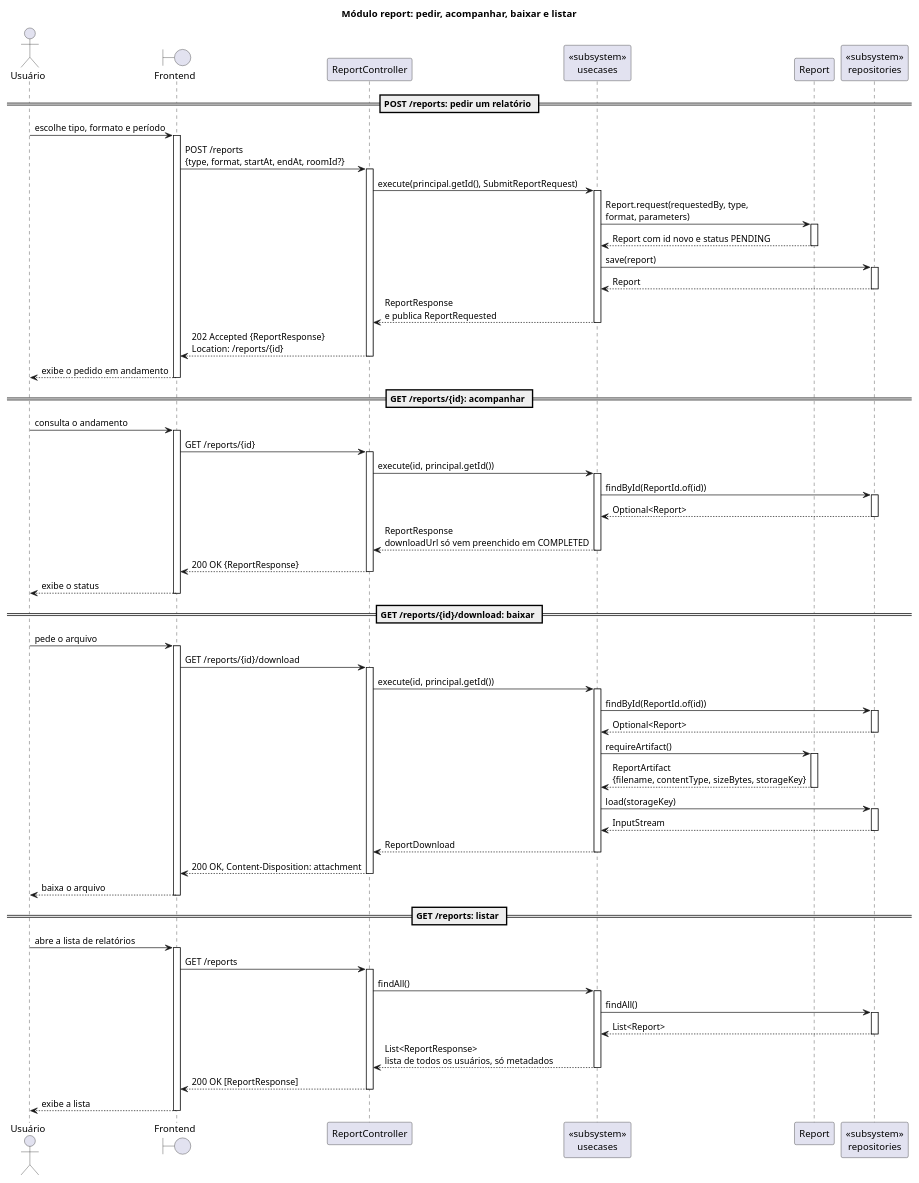
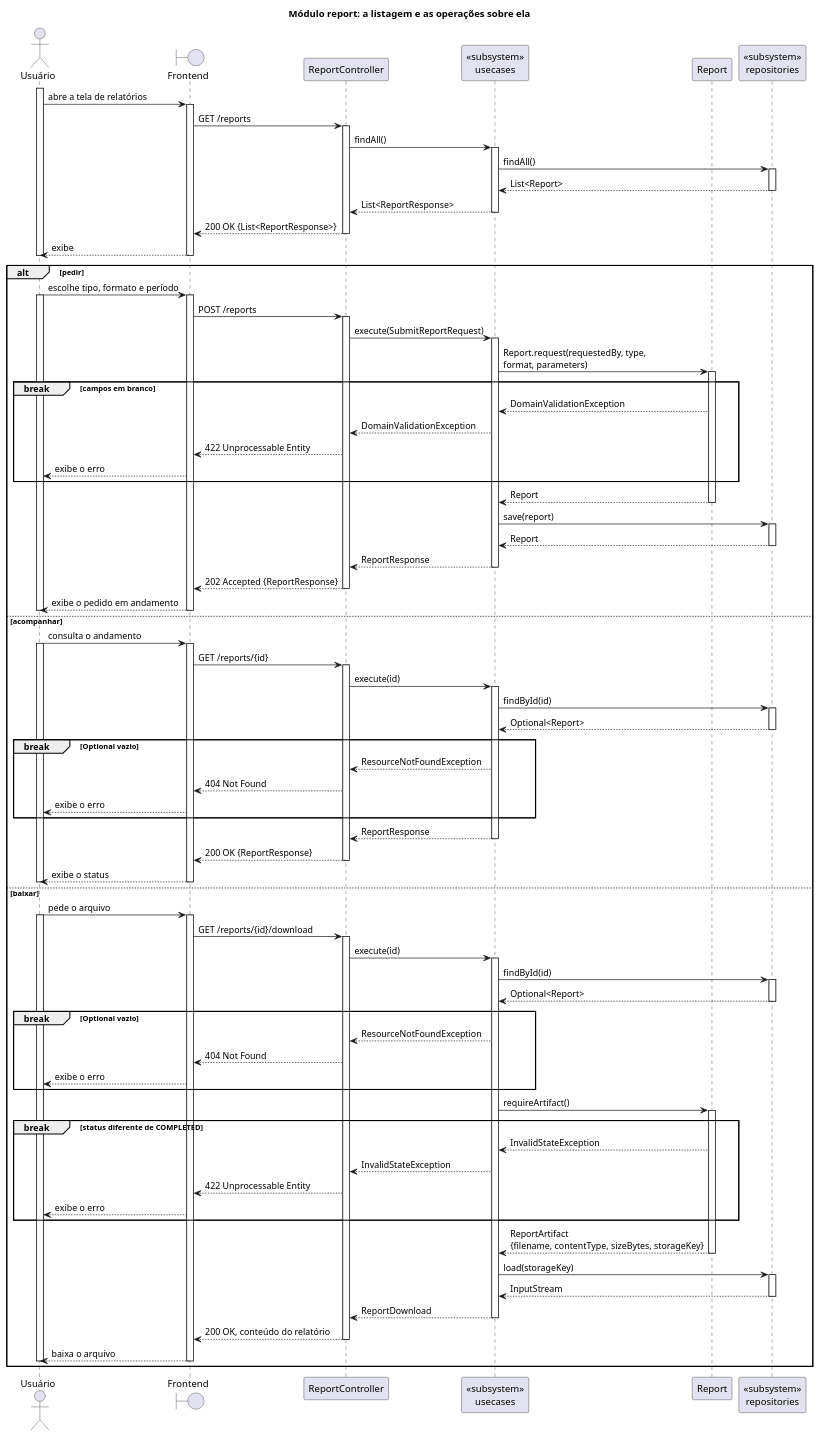
One commit to Neoguara/rooms-diagrams changed the diagram in src/plantuml/sequencia/simples/report.puml. Above: the diagram before and after it, drawn with PlantUML. The commit also changed 6 other files, not shown here.

```diff
--- a/src/plantuml/sequencia/simples/report.puml
+++ b/src/plantuml/sequencia/simples/report.puml
@@ -1,132 +1,184 @@
 @startuml report_simples
 
 ' Os quatro endpoints HTTP do módulo report, no estilo simplista. A geração do arquivo,
 ' que acontece fora da requisição, está em report_generation.puml. Os diagramas completos
-' continuam em sequencia/report/, e é lá que estão os desvios.
+' continuam em sequencia/report/, e é lá que estão todos os desvios.
+'
+' A forma do diagrama segue o uso da tela: abrir a tela de relatórios lista, e a listagem
+' é obrigatória, acontece antes de tudo e não é alternativa a nada. Só depois dela o
+' usuário escolhe uma das operações, e é essa escolha que o alt representa. As operações
+' não são as do CRUD: não se edita nem se apaga relatório, pede-se um, acompanha-se o
+' andamento e baixa-se o arquivo quando ele fica pronto.
 '
 ' Cinco cortes em relação aos completos:
 '   1. Porta e implementação viram um participante só, tipado como «subsystem».
-'   2. Só o caminho de sucesso. Nenhum alt: os erros (404, 422) estão nos completos, e as
-'      transições de estado estão em estado/report_status.puml.
+'   2. Os desvios são marcados com break, o fragmento que cancela o resto da interação,
+'      que é o que o throw faz: 422 na validação do pedido, 404 no par type/format que
+'      ninguém sabe gerar, 404 nas duas operações que buscam por id, e 422 no download de
+'      relatório que ainda não tem arquivo. As transições de estado continuam em
+'      estado/report_status.puml.
 '   3. Nenhum loop, nenhuma mensagem para si mesmo.
-'   4. Ativação só em trecho reto, abrindo e fechando no mesmo nível.
+'   4. Ativação só em trecho reto, abrindo e fechando no mesmo nível. As barras aninham:
+'      a do ator cobre a interação inteira, e cada camada abaixo ocupa menos tempo.
 '   5. O armazenamento não aparece. As mensagens param no participante de repositório,
 '      que absorve também o ReportStoragePort, e a consulta, a gravação e a leitura do
 '      arquivo ficam implícitas: o que importa é a conversa entre as camadas, não o SQL
 '      nem o disco.
 '
 ' O POST responde 202, e não 201, porque o arquivo ainda não existe: o que existe é o
 ' acompanhamento.
+'
+' O 404 de relatório alheio é deliberado, e não um 403: confirmar que aquele id existe já
+' seria informação a mais. Por isso a guarda do break junta as duas condições.
+'
+' O ReportGeneratorRegistry não tem raia própria: a conferência do par type/format roda
+' dentro do caso de uso, e mensagem para si mesmo fica de fora deste estilo. O que sobra
+' dela é o break, que é o que o usuário sente.
 
-title Módulo report: pedir, acompanhar, baixar e listar
+title Módulo report: a listagem e as operações sobre ela
 
 actor "Usuário" as Ator
 boundary "Frontend" as FE
 participant "ReportController" as Ctrl
 
 participant "<<subsystem>>\nusecases" as UC
 
 participant "Report" as Entity
-
 participant "<<subsystem>>\nrepositories" as Repo
 
-== POST /reports: pedir um relatório ==
-
-Ator -> FE: escolhe tipo, formato e período
-activate FE
-FE -> Ctrl: POST /reports\n{type, format, startAt, endAt, roomId?}
-activate Ctrl
-Ctrl -> UC: execute(principal.getId(), SubmitReportRequest)
-activate UC
-
-UC -> Entity: Report.request(requestedBy, type,\nformat, parameters)
-activate Entity
-Entity --> UC: Report com id novo e status PENDING
-deactivate Entity
-
-UC -> Repo: save(report)
-activate Repo
-Repo --> UC: Report
-deactivate Repo
-
-UC --> Ctrl: ReportResponse\ne publica ReportRequested
-deactivate UC
-Ctrl --> FE: 202 Accepted {ReportResponse}\nLocation: /reports/{id}
-deactivate Ctrl
-FE --> Ator: exibe o pedido em andamento
-deactivate FE
-
-== GET /reports/{id}: acompanhar ==
-
-Ator -> FE: consulta o andamento
-activate FE
-FE -> Ctrl: GET /reports/{id}
-activate Ctrl
-Ctrl -> UC: execute(id, principal.getId())
-activate UC
-
-UC -> Repo: findById(ReportId.of(id))
-activate Repo
-Repo --> UC: Optional<Report>
-deactivate Repo
-
-UC --> Ctrl: ReportResponse\ndownloadUrl só vem preenchido em COMPLETED
-deactivate UC
-Ctrl --> FE: 200 OK {ReportResponse}
-deactivate Ctrl
-FE --> Ator: exibe o status
-deactivate FE
-
-== GET /reports/{id}/download: baixar ==
-
-Ator -> FE: pede o arquivo
-activate FE
-FE -> Ctrl: GET /reports/{id}/download
-activate Ctrl
-Ctrl -> UC: execute(id, principal.getId())
-activate UC
-
-UC -> Repo: findById(ReportId.of(id))
-activate Repo
-Repo --> UC: Optional<Report>
-deactivate Repo
-
-UC -> Entity: requireArtifact()
-activate Entity
-Entity --> UC: ReportArtifact\n{filename, contentType, sizeBytes, storageKey}
-deactivate Entity
-
-UC -> Repo: load(storageKey)
-activate Repo
-Repo --> UC: InputStream
-deactivate Repo
-
-UC --> Ctrl: ReportDownload
-deactivate UC
-Ctrl --> FE: 200 OK, Content-Disposition: attachment
-deactivate Ctrl
-FE --> Ator: baixa o arquivo
-deactivate FE
-
-== GET /reports: listar ==
-
-Ator -> FE: abre a lista de relatórios
+activate Ator
+Ator -> FE: abre a tela de relatórios
 activate FE
 FE -> Ctrl: GET /reports
 activate Ctrl
 Ctrl -> UC: findAll()
 activate UC
 
 UC -> Repo: findAll()
 activate Repo
 Repo --> UC: List<Report>
 deactivate Repo
 
-UC --> Ctrl: List<ReportResponse>\nlista de todos os usuários, só metadados
+UC --> Ctrl: List<ReportResponse>
 deactivate UC
-Ctrl --> FE: 200 OK [ReportResponse]
+Ctrl --> FE: 200 OK {List<ReportResponse>}
 deactivate Ctrl
-FE --> Ator: exibe a lista
+FE --> Ator: exibe
 deactivate FE
+deactivate Ator
+
+alt pedir
+
+  Ator -> FE: escolhe tipo, formato e período
+  activate Ator
+  activate FE
+  FE -> Ctrl: POST /reports
+  activate Ctrl
+  Ctrl -> UC: execute(SubmitReportRequest)
+  activate UC
+
+  UC -> Entity: Report.request(requestedBy, type,\nformat, parameters)
+  activate Entity
+
+  break campos em branco
+    Entity --> UC: DomainValidationException
+    UC --> Ctrl: DomainValidationException
+    Ctrl --> FE: 422 Unprocessable Entity
+    FE --> Ator: exibe o erro
+  end
+
+  Entity --> UC: Report
+  deactivate Entity
+
+  UC -> Repo: save(report)
+  activate Repo
+  Repo --> UC: Report
+  deactivate Repo
+
+  UC --> Ctrl: ReportResponse
+  deactivate UC
+  Ctrl --> FE: 202 Accepted {ReportResponse}
+  deactivate Ctrl
+  FE --> Ator: exibe o pedido em andamento
+  deactivate FE
+  deactivate Ator
+
+else acompanhar
+
+  Ator -> FE: consulta o andamento
+  activate Ator
+  activate FE
+  FE -> Ctrl: GET /reports/{id}
+  activate Ctrl
+  Ctrl -> UC: execute(id)
+  activate UC
+
+  UC -> Repo: findById(id)
+  activate Repo
+  Repo --> UC: Optional<Report>
+  deactivate Repo
+
+  break Optional vazio
+    UC --> Ctrl: ResourceNotFoundException
+    Ctrl --> FE: 404 Not Found
+    FE --> Ator: exibe o erro
+  end
+
+  UC --> Ctrl: ReportResponse
+  deactivate UC
+  Ctrl --> FE: 200 OK {ReportResponse}
+  deactivate Ctrl
+  FE --> Ator: exibe o status
+  deactivate FE
+  deactivate Ator
+
+else baixar
+
+  Ator -> FE: pede o arquivo
+  activate Ator
+  activate FE
+  FE -> Ctrl: GET /reports/{id}/download
+  activate Ctrl
+  Ctrl -> UC: execute(id)
+  activate UC
+
+  UC -> Repo: findById(id)
+  activate Repo
+  Repo --> UC: Optional<Report>
+  deactivate Repo
+
+  break Optional vazio
+    UC --> Ctrl: ResourceNotFoundException
+    Ctrl --> FE: 404 Not Found
+    FE --> Ator: exibe o erro
+  end
+
+  UC -> Entity: requireArtifact()
+  activate Entity
+
+  break status diferente de COMPLETED
+    Entity --> UC: InvalidStateException
+    UC --> Ctrl: InvalidStateException
+    Ctrl --> FE: 422 Unprocessable Entity
+    FE --> Ator: exibe o erro
+  end
+
+  Entity --> UC: ReportArtifact\n{filename, contentType, sizeBytes, storageKey}
+  deactivate Entity
+
+  UC -> Repo: load(storageKey)
+  activate Repo
+  Repo --> UC: InputStream
+  deactivate Repo
+
+  UC --> Ctrl: ReportDownload
+  deactivate UC
+  Ctrl --> FE: 200 OK, conteúdo do relatório
+  deactivate Ctrl
+  FE --> Ator: baixa o arquivo
+  deactivate FE
+  deactivate Ator
+
+end
 
 @enduml
```
